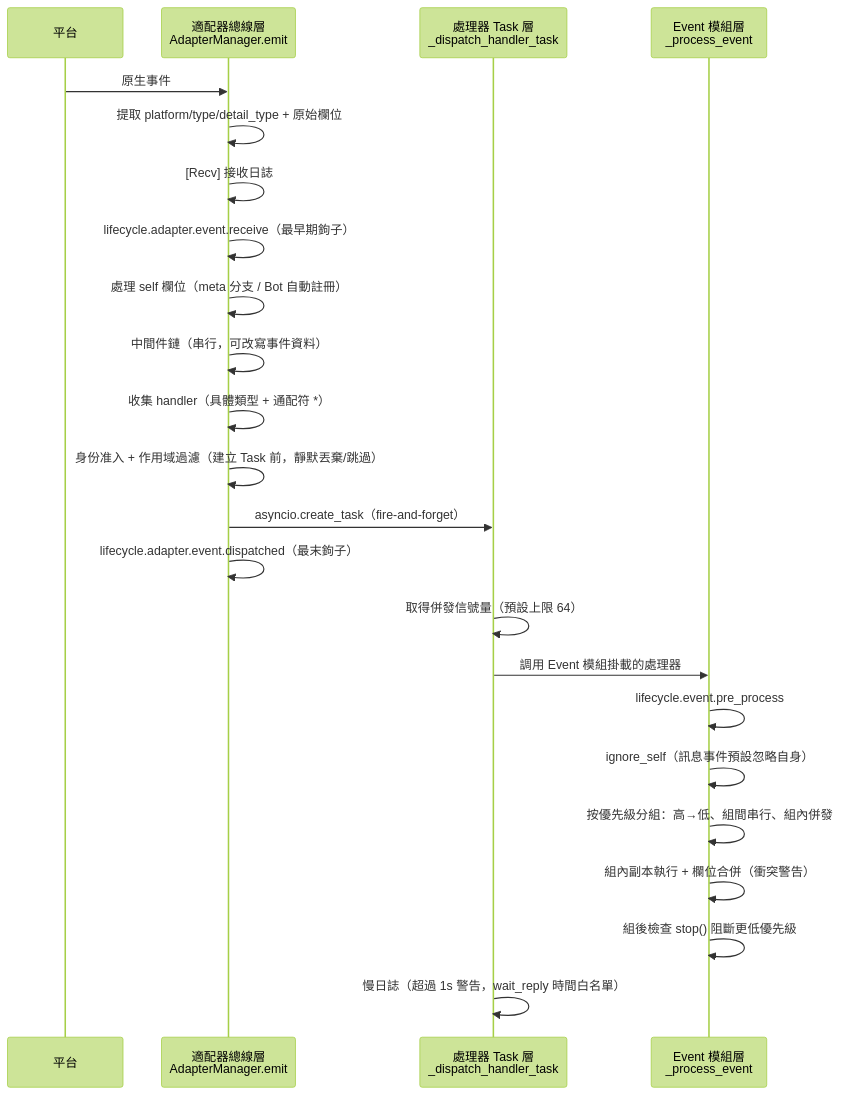
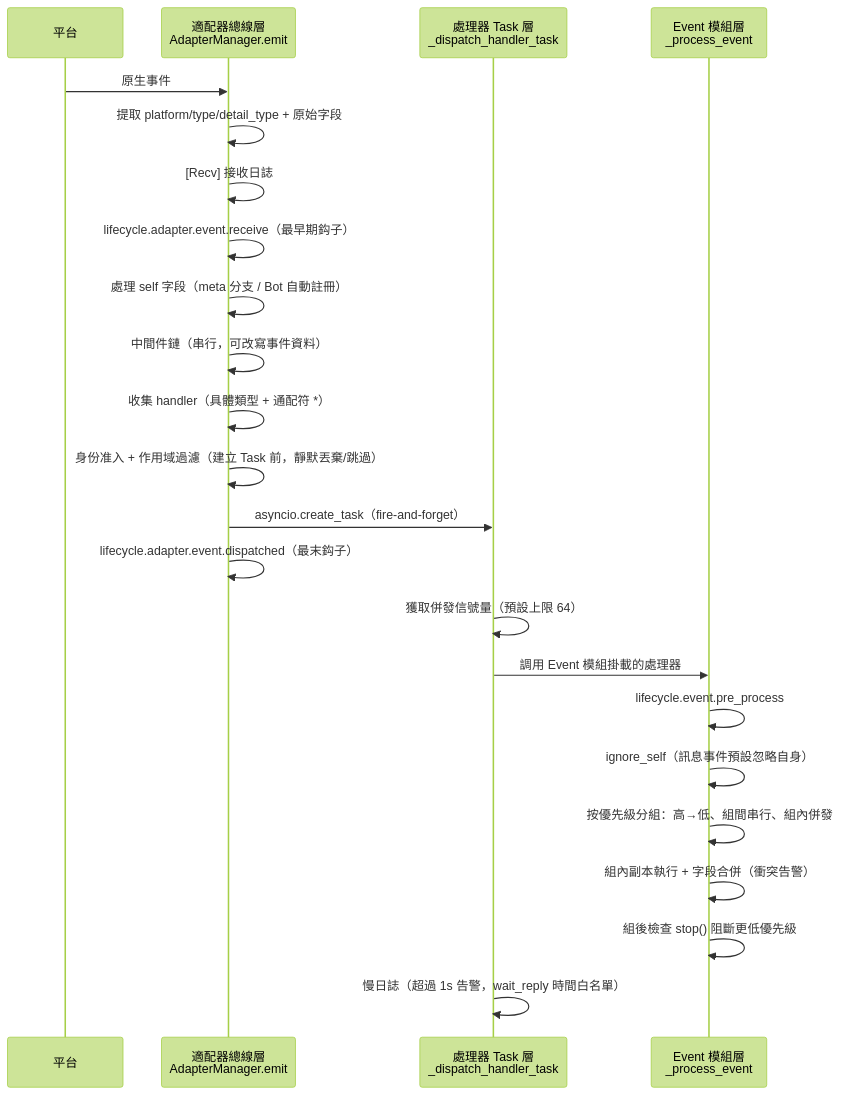
One commit to ErisPulse/ErisPulse changed the fourth of 10 diagrams in docs/zh-TW/architecture.md. Above: the diagram before and after it, drawn with Mermaid (forest theme). The commit also changed other lines of this file and 828 other files, not shown here.

````diff
--- a/docs/zh-TW/architecture.md
+++ b/docs/zh-TW/architecture.md
@@ -109,26 +112,26 @@
 ```mermaid
 sequenceDiagram
     participant P as 平台
     participant A as 適配器總線層<br/>AdapterManager.emit
     participant T as 處理器 Task 層<br/>_dispatch_handler_task
     participant E as Event 模組層<br/>_process_event
 
     P->>A: 原生事件
-    A->>A: 提取 platform/type/detail_type + 原始欄位
+    A->>A: 提取 platform/type/detail_type + 原始字段
     A->>A: [Recv] 接收日誌
-    A->>A: lifecycle.adapter.event.receive（最早期鉤子）
-    A->>A: 處理 self 欄位（meta 分支 / Bot 自動註冊）
+    A->>A: lifecycle.adapter.event.receive（最早期鈎子）
+    A->>A: 處理 self 字段（meta 分支 / Bot 自動註冊）
     A->>A: 中間件鏈（串行，可改寫事件資料）
     A->>A: 收集 handler（具體類型 + 通配符 *）
     A->>A: 身份准入 + 作用域過濾（建立 Task 前，靜默丟棄/跳過）
     A->>T: asyncio.create_task（fire-and-forget）
-    A->>A: lifecycle.adapter.event.dispatched（最末鉤子）
-    T->>T: 取得併發信號量（預設上限 64）
+    A->>A: lifecycle.adapter.event.dispatched（最末鈎子）
+    T->>T: 獲取併發信號量（預設上限 64）
     T->>E: 調用 Event 模組掛載的處理器
     E->>E: lifecycle.event.pre_process
     E->>E: ignore_self（訊息事件預設忽略自身）
     E->>E: 按優先級分組：高→低、組間串行、組內併發
-    E->>E: 組內副本執行 + 欄位合併（衝突警告）
+    E->>E: 組內副本執行 + 字段合併（衝突告警）
     E->>E: 組後檢查 stop() 阻斷更低優先級
-    T->>T: 慢日誌（超過 1s 警告，wait_reply 時間白名單）
+    T->>T: 慢日誌（超過 1s 告警，wait_reply 時間白名單）
 ```
````
